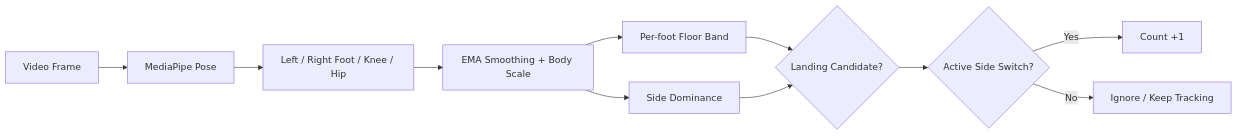
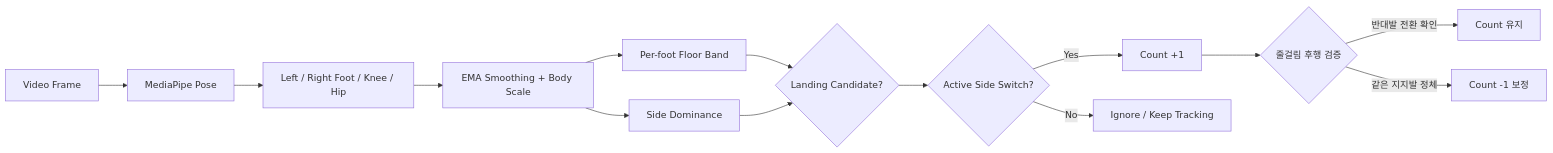
Before and after one commit to Hooneybadger/jump-rope-detector: the first of 6 diagrams in alternating_jump/README.md, drawn with Mermaid. The commit also changed other lines of this file and 10 other files, not shown here.

````diff
--- a/alternating_jump/README.md
+++ b/alternating_jump/README.md
@@ -16,13 +16,16 @@
 ```mermaid
 flowchart LR
     A[Video Frame] --> B[MediaPipe Pose]
     B --> C[Left / Right Foot / Knee / Hip]
     C --> D[EMA Smoothing + Body Scale]
     D --> E[Per-foot Floor Band]
     D --> F[Side Dominance]
     E --> G{Landing Candidate?}
     F --> G
     G --> H{Active Side Switch?}
     H -->|Yes| I[Count +1]
-    H -->|No| J[Ignore / Keep Tracking]
+    I --> I1{줄걸림 후행 검증}
+    I1 -->|반대발 전환 확인| J[Count 유지]
+    I1 -->|같은 지지발 정체| K[Count -1 보정]
+    H -->|No| L[Ignore / Keep Tracking]
 ```
````
